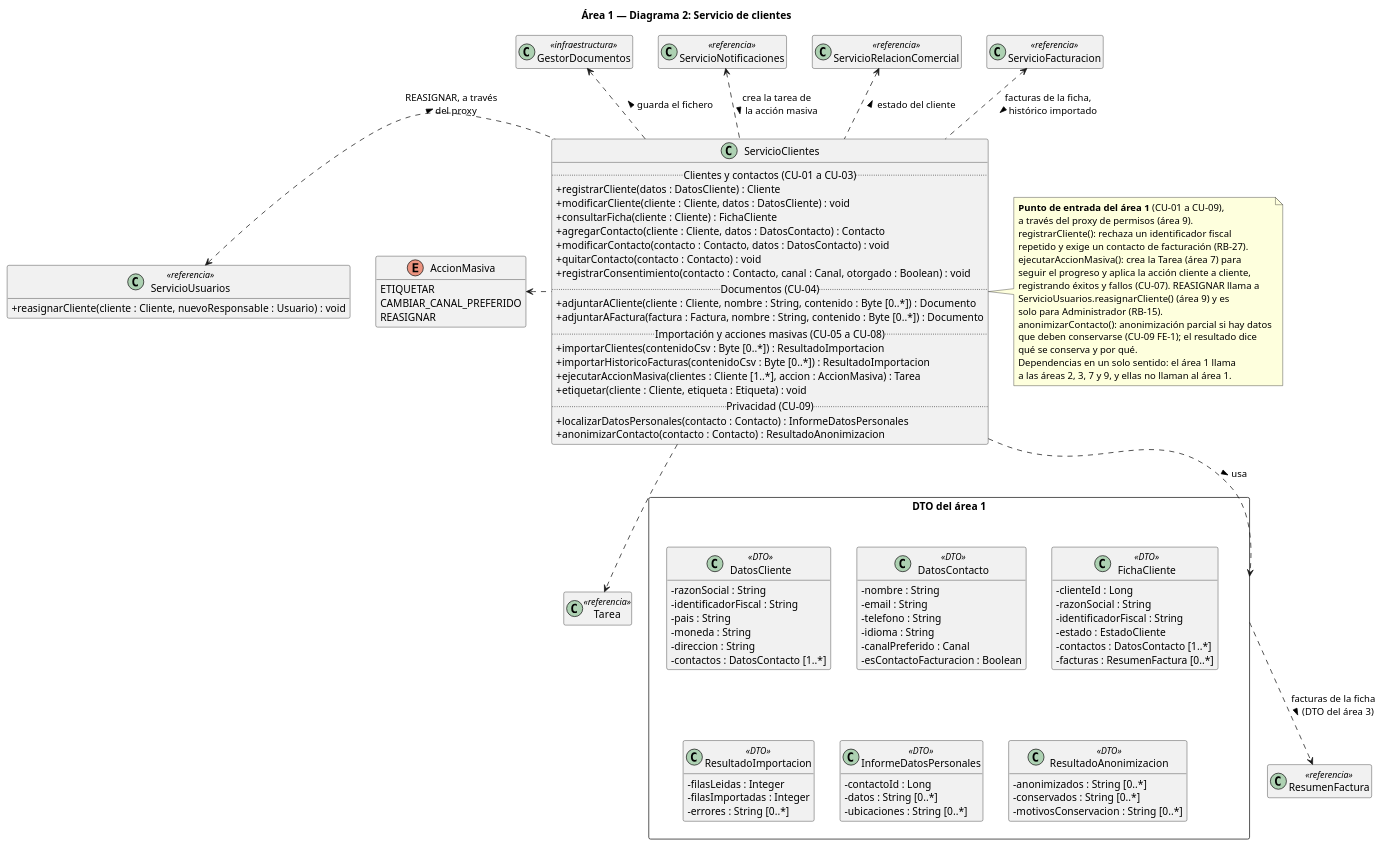
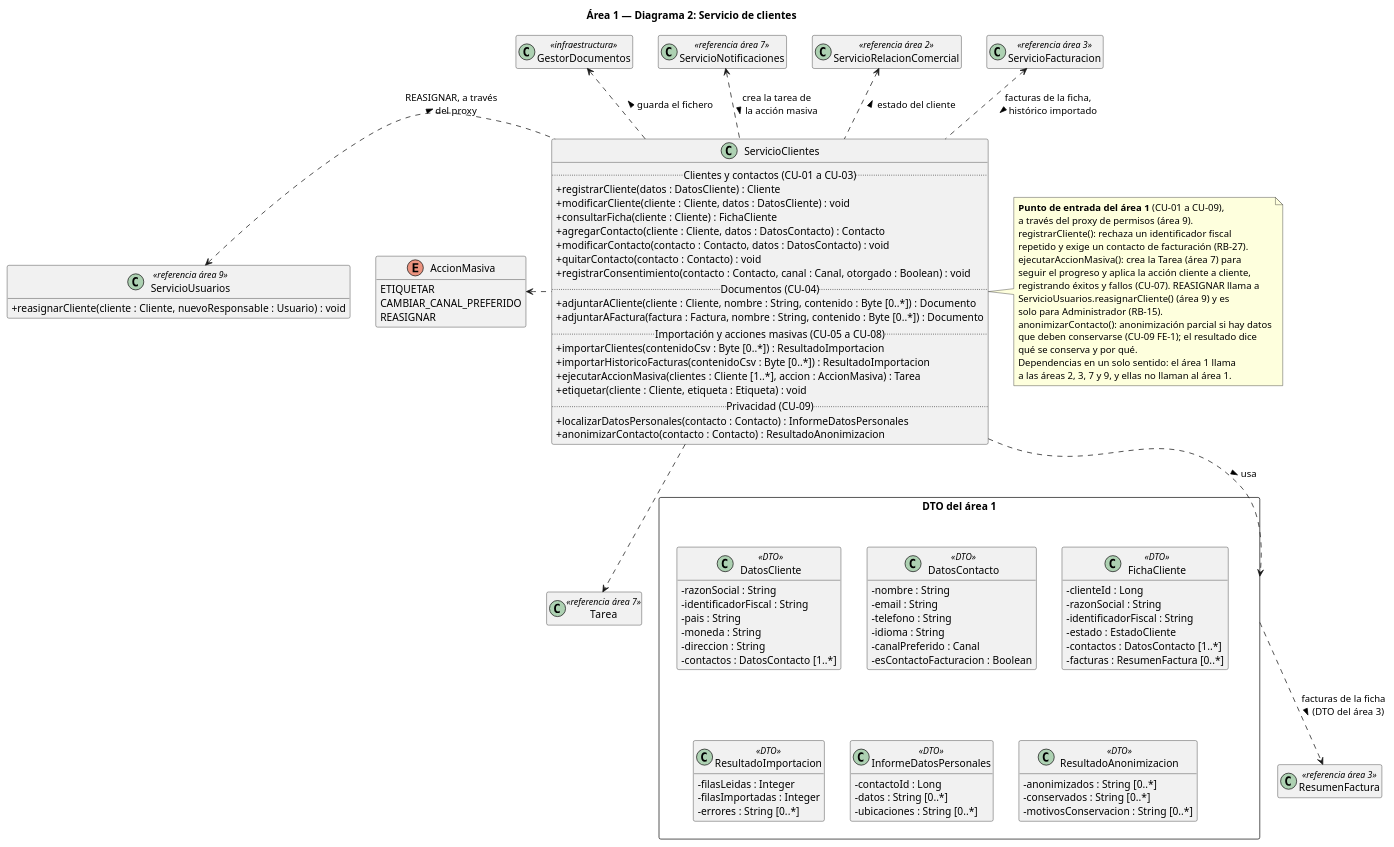
One commit to naybetaomar/AyDA-ProyectoBebes changed the diagram in Entrega2_GrupoBebes/entrega2/diagramas/clases/area01/area1_2_servicio_clientes.puml. Above: the diagram before and after it, drawn with PlantUML. The commit also changed 23 other files, not shown here.

Commit message:
<<referencia>> pasa a <<referencia área N>>

```diff
--- a/Entrega2_GrupoBebes/entrega2/diagramas/clases/area01/area1_2_servicio_clientes.puml
+++ b/Entrega2_GrupoBebes/entrega2/diagramas/clases/area01/area1_2_servicio_clientes.puml
@@ -1,112 +1,112 @@
 @startuml area1_2_servicio_clientes
 skinparam classAttributeIconSize 0
 hide empty members
 title Área 1 — Diagrama 2: Servicio de clientes
 
 class ServicioClientes {
   .. Clientes y contactos (CU-01 a CU-03) ..
   + registrarCliente(datos : DatosCliente) : Cliente
   + modificarCliente(cliente : Cliente, datos : DatosCliente) : void
   + consultarFicha(cliente : Cliente) : FichaCliente
   + agregarContacto(cliente : Cliente, datos : DatosContacto) : Contacto
   + modificarContacto(contacto : Contacto, datos : DatosContacto) : void
   + quitarContacto(contacto : Contacto) : void
   + registrarConsentimiento(contacto : Contacto, canal : Canal, otorgado : Boolean) : void
   .. Documentos (CU-04) ..
   + adjuntarACliente(cliente : Cliente, nombre : String, contenido : Byte [0..*]) : Documento
   + adjuntarAFactura(factura : Factura, nombre : String, contenido : Byte [0..*]) : Documento
   .. Importación y acciones masivas (CU-05 a CU-08) ..
   + importarClientes(contenidoCsv : Byte [0..*]) : ResultadoImportacion
   + importarHistoricoFacturas(contenidoCsv : Byte [0..*]) : ResultadoImportacion
   + ejecutarAccionMasiva(clientes : Cliente [1..*], accion : AccionMasiva) : Tarea
   + etiquetar(cliente : Cliente, etiqueta : Etiqueta) : void
   .. Privacidad (CU-09) ..
   + localizarDatosPersonales(contacto : Contacto) : InformeDatosPersonales
   + anonimizarContacto(contacto : Contacto) : ResultadoAnonimizacion
 }
 
 enum AccionMasiva {
   ETIQUETAR
   CAMBIAR_CANAL_PREFERIDO
   REASIGNAR
 }
 
 package "DTO del área 1" <<Rectangle>> {
   class DatosCliente <<DTO>> {
     - razonSocial : String
     - identificadorFiscal : String
     - pais : String
     - moneda : String
     - direccion : String
     - contactos : DatosContacto [1..*]
   }
   class DatosContacto <<DTO>> {
     - nombre : String
     - email : String
     - telefono : String
     - idioma : String
     - canalPreferido : Canal
     - esContactoFacturacion : Boolean
   }
   class FichaCliente <<DTO>> {
     - clienteId : Long
     - razonSocial : String
     - identificadorFiscal : String
     - estado : EstadoCliente
     - contactos : DatosContacto [1..*]
     - facturas : ResumenFactura [0..*]
   }
   class ResultadoImportacion <<DTO>> {
     - filasLeidas : Integer
     - filasImportadas : Integer
     - errores : String [0..*]
   }
   class InformeDatosPersonales <<DTO>> {
     - contactoId : Long
     - datos : String [0..*]
     - ubicaciones : String [0..*]
   }
   class ResultadoAnonimizacion <<DTO>> {
     - anonimizados : String [0..*]
     - conservados : String [0..*]
     - motivosConservacion : String [0..*]
   }
 }
 
-class ServicioFacturacion <<referencia>>
-class ServicioRelacionComercial <<referencia>>
-class ServicioNotificaciones <<referencia>>
+class ServicioFacturacion <<referencia área 3>>
+class ServicioRelacionComercial <<referencia área 2>>
+class ServicioNotificaciones <<referencia área 7>>
 class GestorDocumentos <<infraestructura>>
-class ServicioUsuarios <<referencia>> {
+class ServicioUsuarios <<referencia área 9>> {
   + reasignarCliente(cliente : Cliente, nuevoResponsable : Usuario) : void
 }
-class Tarea <<referencia>>
-class ResumenFactura <<referencia>>
+class Tarea <<referencia área 7>>
+class ResumenFactura <<referencia área 3>>
 
 ServicioClientes .down.> "DTO del área 1" : usa >
 ServicioClientes .left.> AccionMasiva
 ServicioClientes .left.> ServicioUsuarios : REASIGNAR, a través\ndel proxy >
 ServicioClientes .down.> Tarea
 "DTO del área 1" ..> ResumenFactura : facturas de la ficha\n(DTO del área 3) >
 ServicioClientes .up.> ServicioFacturacion : facturas de la ficha,\nhistórico importado >
 ServicioClientes .up.> ServicioRelacionComercial : estado del cliente >
 ServicioClientes .up.> ServicioNotificaciones : crea la tarea de\nla acción masiva >
 ServicioClientes .up.> GestorDocumentos : guarda el fichero >
 
 note right of ServicioClientes
   **Punto de entrada del área 1** (CU-01 a CU-09),
   a través del proxy de permisos (área 9).
   registrarCliente(): rechaza un identificador fiscal
   repetido y exige un contacto de facturación (RB-27).
   ejecutarAccionMasiva(): crea la Tarea (área 7) para
   seguir el progreso y aplica la acción cliente a cliente,
   registrando éxitos y fallos (CU-07). REASIGNAR llama a
   ServicioUsuarios.reasignarCliente() (área 9) y es
   solo para Administrador (RB-15).
   anonimizarContacto(): anonimización parcial si hay datos
   que deben conservarse (CU-09 FE-1); el resultado dice
   qué se conserva y por qué.
   Dependencias en un solo sentido: el área 1 llama
   a las áreas 2, 3, 7 y 9, y ellas no llaman al área 1.
 end note
 @enduml
```
